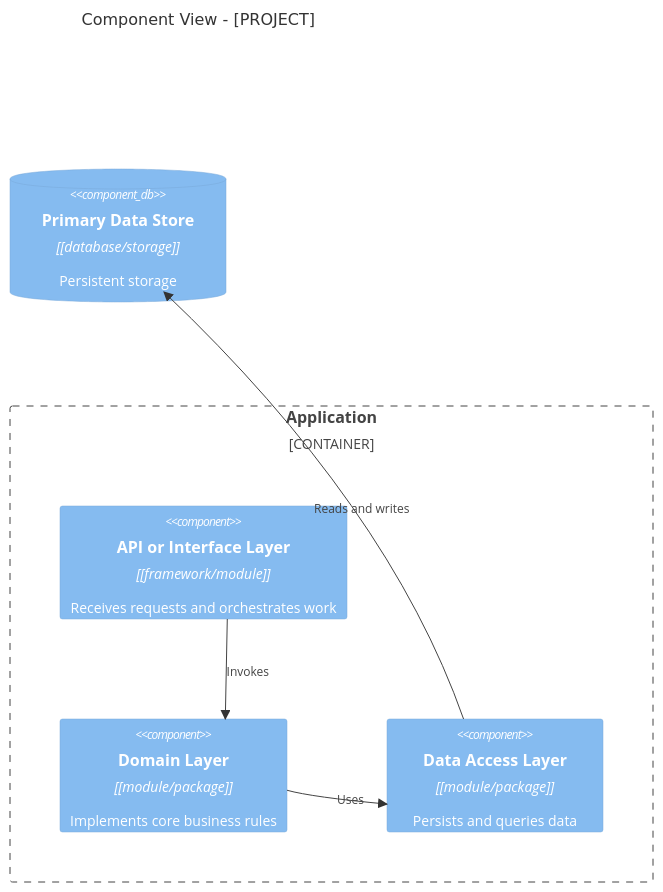
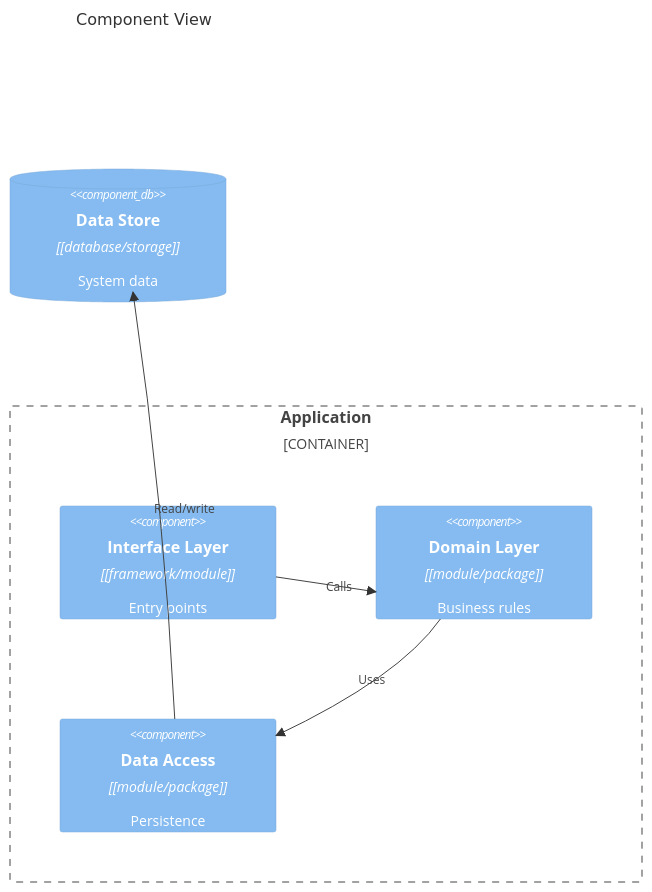
The third of 5 diagrams in .github/skills/system-design/assets/sad-template.md (attilaszasz/sdd-pilot), drawn with Mermaid before and after one commit. The commit also changed other lines of this file and 4 other files, not shown here.

First line of the commit message:
Refine C4 diagram authoring guidance

````diff
--- a/.github/skills/system-design/assets/sad-template.md
+++ b/.github/skills/system-design/assets/sad-template.md
@@ -57,13 +57,13 @@
 ```mermaid
 C4Component
-    title Component View - [PROJECT]
+    title Component View
     Container_Boundary(app, "Application") {
-        Component(interface, "API or Interface Layer", "[framework/module]", "Receives requests and orchestrates work")
-        Component(domain, "Domain Layer", "[module/package]", "Implements core business rules")
-        Component(data, "Data Access Layer", "[module/package]", "Persists and queries data")
+        Component(interface, "Interface Layer", "[framework/module]", "Entry points")
+        Component(domain, "Domain Layer", "[module/package]", "Business rules")
+        Component(data, "Data Access", "[module/package]", "Persistence")
     }
-    ComponentDb(db, "Primary Data Store", "[database/storage]", "Persistent storage")
-    Rel(interface, domain, "Invokes")
+    ComponentDb(db, "Data Store", "[database/storage]", "System data")
+    Rel(interface, domain, "Calls")
     Rel(domain, data, "Uses")
-    Rel(data, db, "Reads and writes")
+    Rel(data, db, "Read/write")
 ```
````
